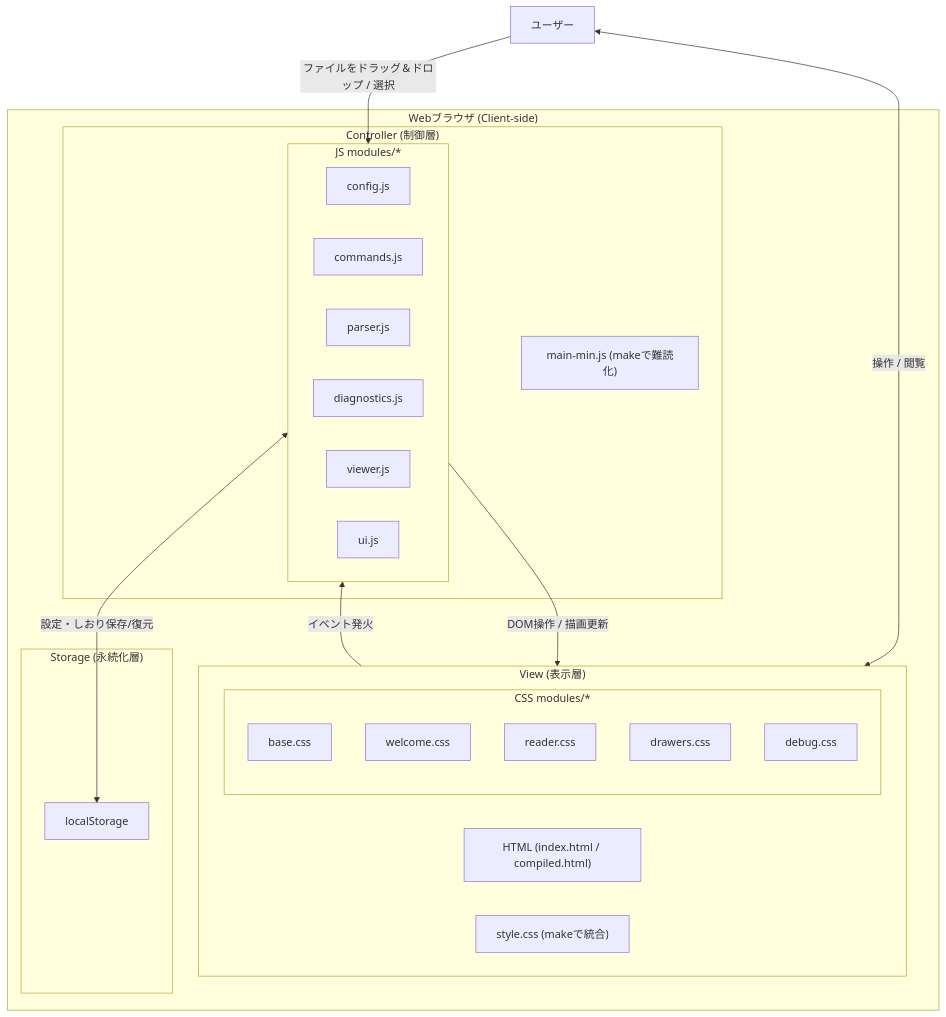
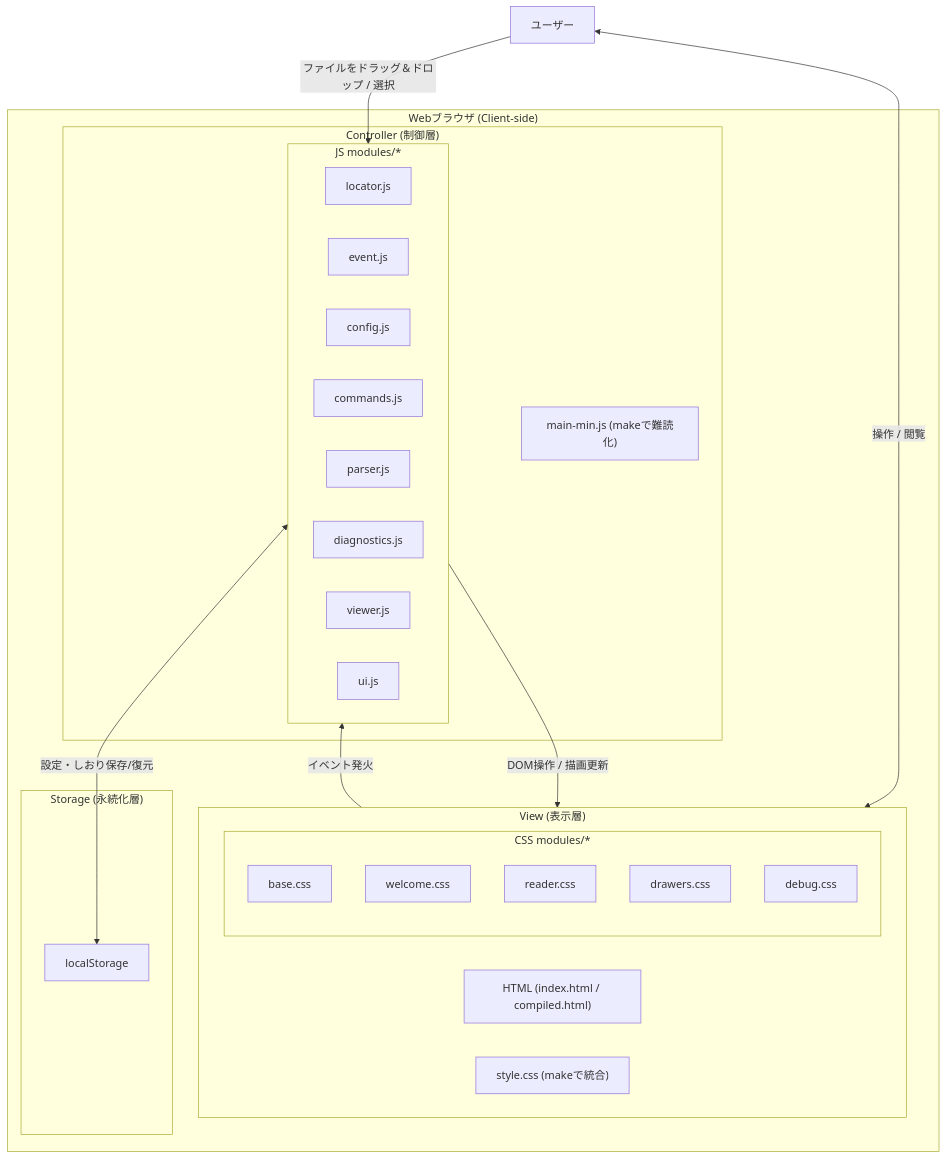
Before and after one commit to rokujyouhitoma/yuzora: the first of 4 diagrams in docs/DSN-01-high_level_design.md, drawn with Mermaid. The commit also changed 14 other files, not shown here.

````diff
--- a/docs/DSN-01-high_level_design.md
+++ b/docs/DSN-01-high_level_design.md
@@ -13,38 +13,40 @@
 ```mermaid
 graph TD
     subgraph Browser["Webブラウザ (Client-side)"]
         subgraph View["View (表示層)"]
             HTML["HTML (index.html / compiled.html)"]
             subgraph CSSModules["CSS modules/*"]
                 CSS_Base["base.css"]
                 CSS_Welcome["welcome.css"]
                 CSS_Reader["reader.css"]
                 CSS_Drawers["drawers.css"]
                 CSS_Debug["debug.css"]
             end
             CSS_Bundle["style.css (makeで統合)"]
         end
         
         subgraph Controller["Controller (制御層)"]
             subgraph JSModules["JS modules/*"]
+                JS_Locator["locator.js"]
+                JS_Event["event.js"]
                 JS_Config["config.js"]
                 JS_Cmds["commands.js"]
                 JS_Parser["parser.js"]
                 JS_Diag["diagnostics.js"]
                 JS_Viewer["viewer.js"]
                 JS_UI["ui.js"]
             end
             JS_Bundle["main-min.js (makeで難読化)"]
         end
         
         subgraph Storage["Storage (永続化層)"]
             LocalStorage["localStorage"]
         end
     end
     
     User["ユーザー"] <-->|"操作 / 閲覧"| View
     View -->|"イベント発火"| JSModules
     JSModules -->|"DOM操作 / 描画更新"| View
     JSModules <-->|"設定・しおり保存/復元"| LocalStorage
     User -->|"ファイルをドラッグ＆ドロップ / 選択"| JSModules
 ```
````
